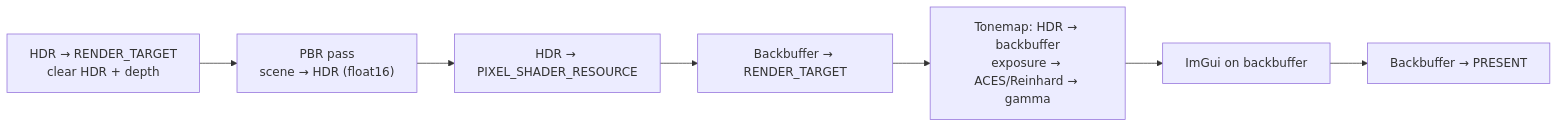
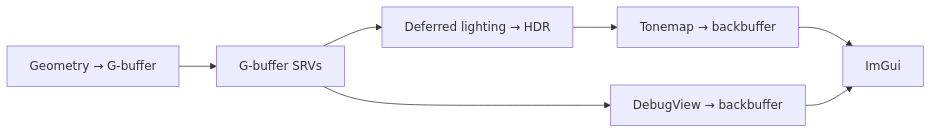
The fifth of 6 diagrams in docs/ARCHITECTURE.md (RomanovV/SummerEngine), drawn with Mermaid before and after one commit. The commit also changed other lines of this file and 1 other file, not shown here.

Commit message:
changed the debug view layout algorithm

````diff
--- a/docs/ARCHITECTURE.md
+++ b/docs/ARCHITECTURE.md
@@ -417,9 +405,9 @@
 ```mermaid
 flowchart LR
-    A["HDR → RENDER_TARGET<br/>clear HDR + depth"] --> B["PBR pass<br/>scene → HDR (float16)"]
-    B --> C["HDR → PIXEL_SHADER_RESOURCE"]
-    C --> D["Backbuffer → RENDER_TARGET"]
-    D --> E["Tonemap: HDR → backbuffer<br/>exposure → ACES/Reinhard → gamma"]
-    E --> F["ImGui on backbuffer"]
-    F --> G["Backbuffer → PRESENT"]
+    A["Geometry → G-buffer"] --> B["G-buffer SRVs"]
+    B --> C["Deferred lighting → HDR"]
+    C --> D["Tonemap → backbuffer"]
+    B --> E["DebugView → backbuffer"]
+    D --> F["ImGui"]
+    E --> F
 ```
````
